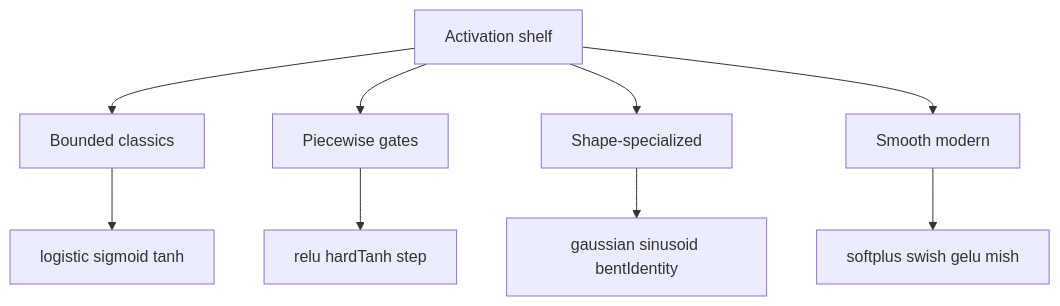
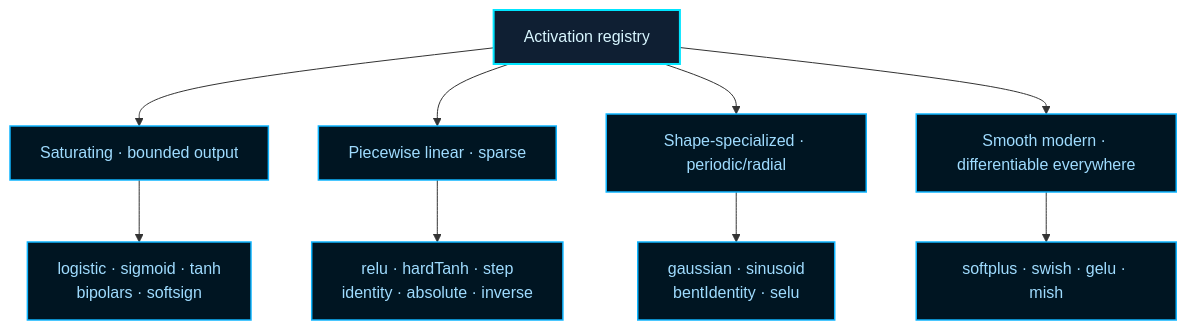
The third of 8 diagrams in src/methods/README.md (reicek/NeatapticTS), drawn with Mermaid before and after one commit. The commit also changed other lines of this file and 877 other files, not shown here.

Commit message:
NEAT & Preconfigured Architectures MLP LSTM GRU NARX (#39)

````diff
--- a/src/methods/README.md
+++ b/src/methods/README.md
@@ -122,11 +133,14 @@
 ```mermaid
 flowchart TD
-  Shelf[Activation shelf] --> Bounded[Bounded classics]
-  Shelf --> Piecewise[Piecewise gates]
-  Shelf --> Specialized[Shape-specialized]
-  Shelf --> Smooth[Smooth modern]
-  Bounded --> BoundedExamples[logistic sigmoid tanh]
-  Piecewise --> PiecewiseExamples[relu hardTanh step]
-  Specialized --> SpecializedExamples[gaussian sinusoid bentIdentity]
-  Smooth --> SmoothExamples[softplus swish gelu mish]
+  classDef base fill:#001522,stroke:#0fb5ff,color:#9fdcff,stroke-width:1.5px;
+  classDef accent fill:#0f1f33,stroke:#00e5ff,color:#d8f6ff,stroke-width:2px;
+
+  Shelf["Activation registry"]:::accent --> Bounded["Saturating · bounded output"]:::base
+  Shelf --> Piecewise["Piecewise linear · sparse"]:::base
+  Shelf --> Specialized["Shape-specialized · periodic/radial"]:::base
+  Shelf --> Smooth["Smooth modern · differentiable everywhere"]:::base
+  Bounded --> B2["logistic · sigmoid · tanh\nbipolars · softsign"]:::base
+  Piecewise --> P2["relu · hardTanh · step\nidentity · absolute · inverse"]:::base
+  Specialized --> S2["gaussian · sinusoid\nbentIdentity · selu"]:::base
+  Smooth --> M2["softplus · swish · gelu · mish"]:::base
 ```
````
